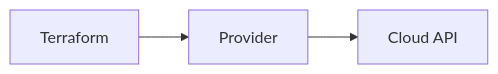
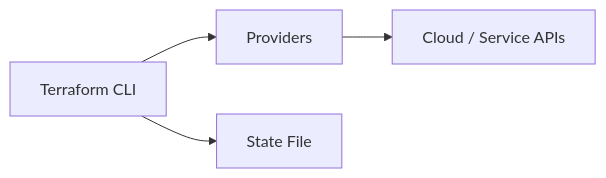
One commit to arira-ai/ar_terraform changed the diagram in 01-Terrform_Intro/01.02-Terraform_Basics_&_Setup.md. Above: the diagram before and after it, drawn with Mermaid. The commit also changed other lines of this file, not shown here.

````diff
--- a/01-Terrform_Intro/01.02-Terraform_Basics_&_Setup.md
+++ b/01-Terrform_Intro/01.02-Terraform_Basics_&_Setup.md
@@ -101,5 +34,6 @@
 ```mermaid
 flowchart LR
-A[Terraform] --> B[Provider]
-B --> C[Cloud API]
+A[Terraform CLI] --> B[Providers]
+B --> C[Cloud / Service APIs]
+A --> D[State File]
 ```
````
